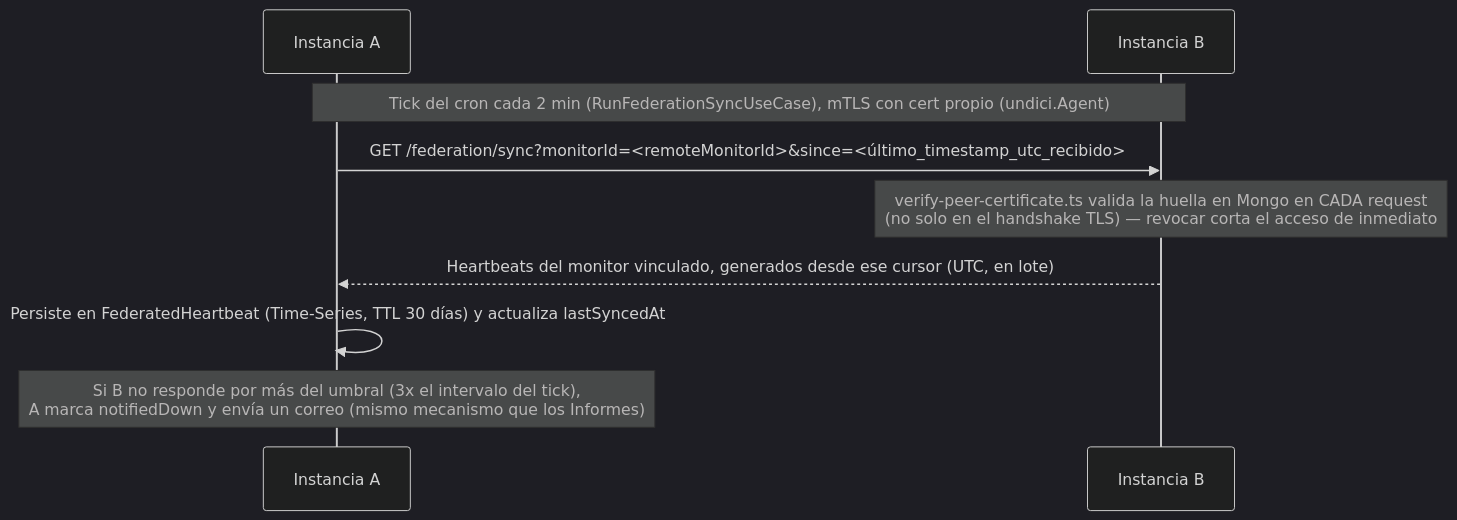
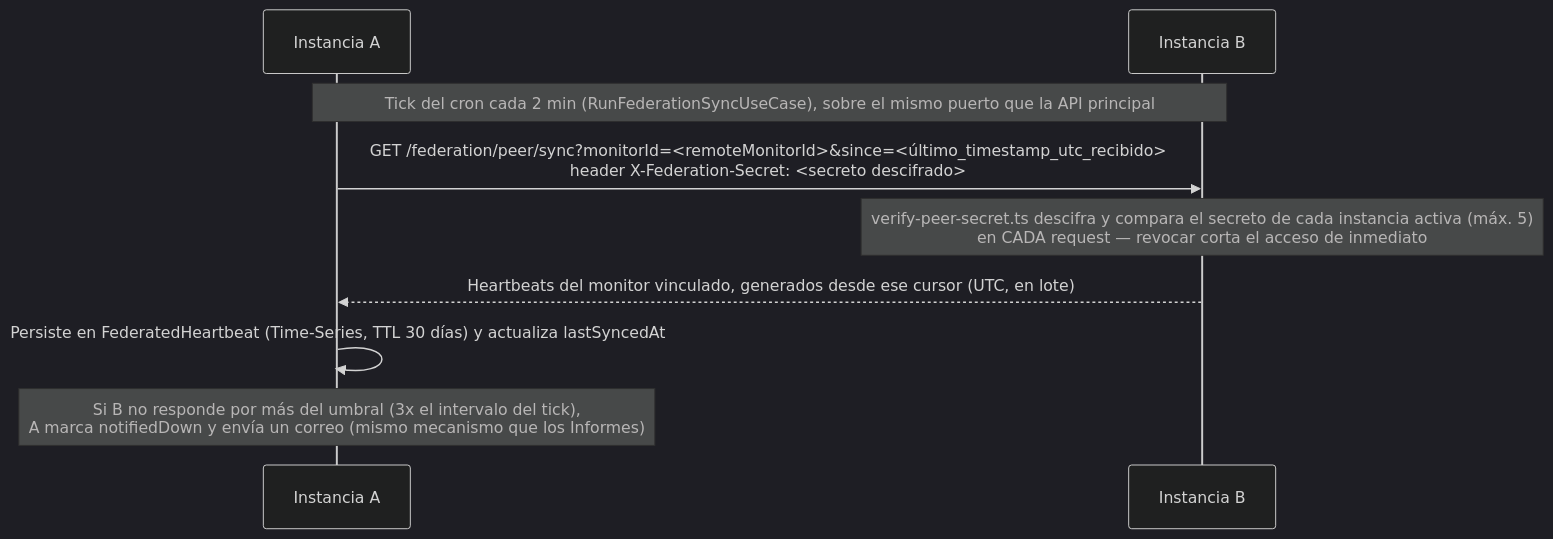
One commit to athomo001/azkin changed the fifth of 5 diagrams in docs/ARCHITECTURE.md. Above: the diagram before and after it, drawn with Mermaid (dark theme). The commit also changed other lines of this file and 56 other files, not shown here.

````diff
--- a/docs/ARCHITECTURE.md
+++ b/docs/ARCHITECTURE.md
@@ -441,12 +447,12 @@
 ```mermaid
 sequenceDiagram
     participant A as Instancia A
     participant B as Instancia B
 
-    Note over A,B: Tick del cron cada 2 min (RunFederationSyncUseCase), mTLS con cert propio (undici.Agent)
-    A->>B: GET /federation/sync?monitorId=<remoteMonitorId>&since=<último_timestamp_utc_recibido>
-    Note over B: verify-peer-certificate.ts valida la huella en Mongo en CADA request<br/>(no solo en el handshake TLS) — revocar corta el acceso de inmediato
+    Note over A,B: Tick del cron cada 2 min (RunFederationSyncUseCase), sobre el mismo puerto que la API principal
+    A->>B: GET /federation/peer/sync?monitorId=<remoteMonitorId>&since=<último_timestamp_utc_recibido><br/>header X-Federation-Secret: <secreto descifrado>
+    Note over B: verify-peer-secret.ts descifra y compara el secreto de cada instancia activa (máx. 5)<br/>en CADA request — revocar corta el acceso de inmediato
     B-->>A: Heartbeats del monitor vinculado, generados desde ese cursor (UTC, en lote)
     A->>A: Persiste en FederatedHeartbeat (Time-Series, TTL 30 días) y actualiza lastSyncedAt
     Note over A: Si B no responde por más del umbral (3x el intervalo del tick),<br/>A marca notifiedDown y envía un correo (mismo mecanismo que los Informes)
 ```
````
